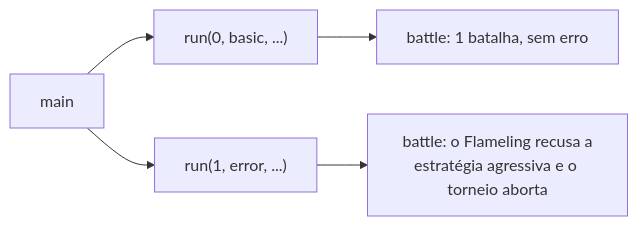
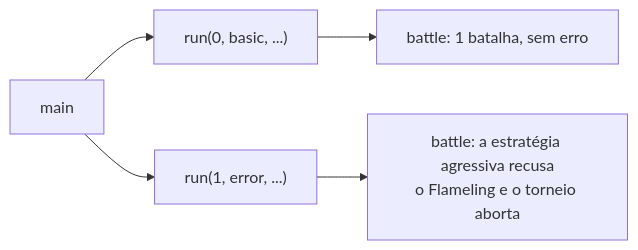
One commit to navegar-sistemas/dojo changed the diagram in python/python-modulo-06-bis/tutorial/docs/08-ex4/07-a-demonstracao.md. Above: the diagram before and after it, drawn with Mermaid. The commit also changed 110 other files, not shown here.

````diff
--- a/python/python-modulo-06-bis/tutorial/docs/08-ex4/07-a-demonstracao.md
+++ b/python/python-modulo-06-bis/tutorial/docs/08-ex4/07-a-demonstracao.md
@@ -71,5 +71,5 @@
 ```mermaid
 flowchart LR
     main["main"] --> run0["run(0, basic, ...)"] --> b0["battle: 1 batalha, sem erro"]
-    main --> run1["run(1, error, ...)"] --> b1["battle: o Flameling recusa a<br/>estratégia agressiva e o torneio aborta"]
+    main --> run1["run(1, error, ...)"] --> b1["battle: a estratégia agressiva recusa<br/>o Flameling e o torneio aborta"]
 ```
````
